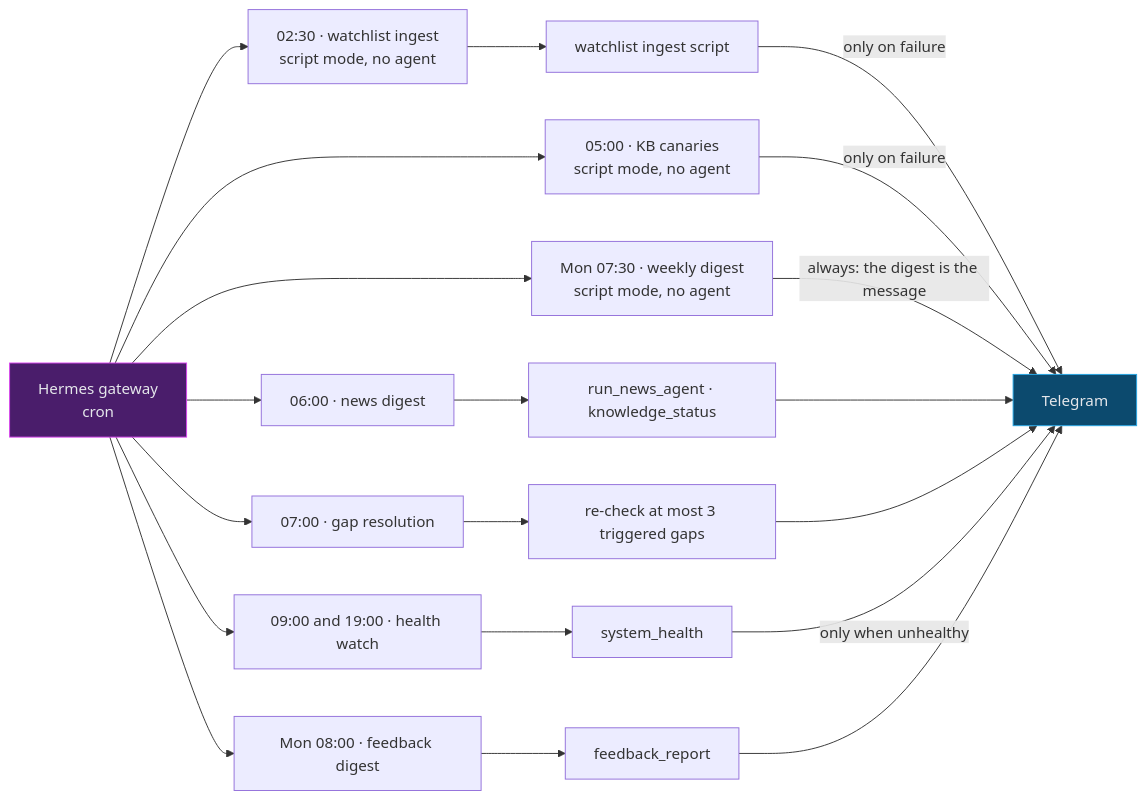
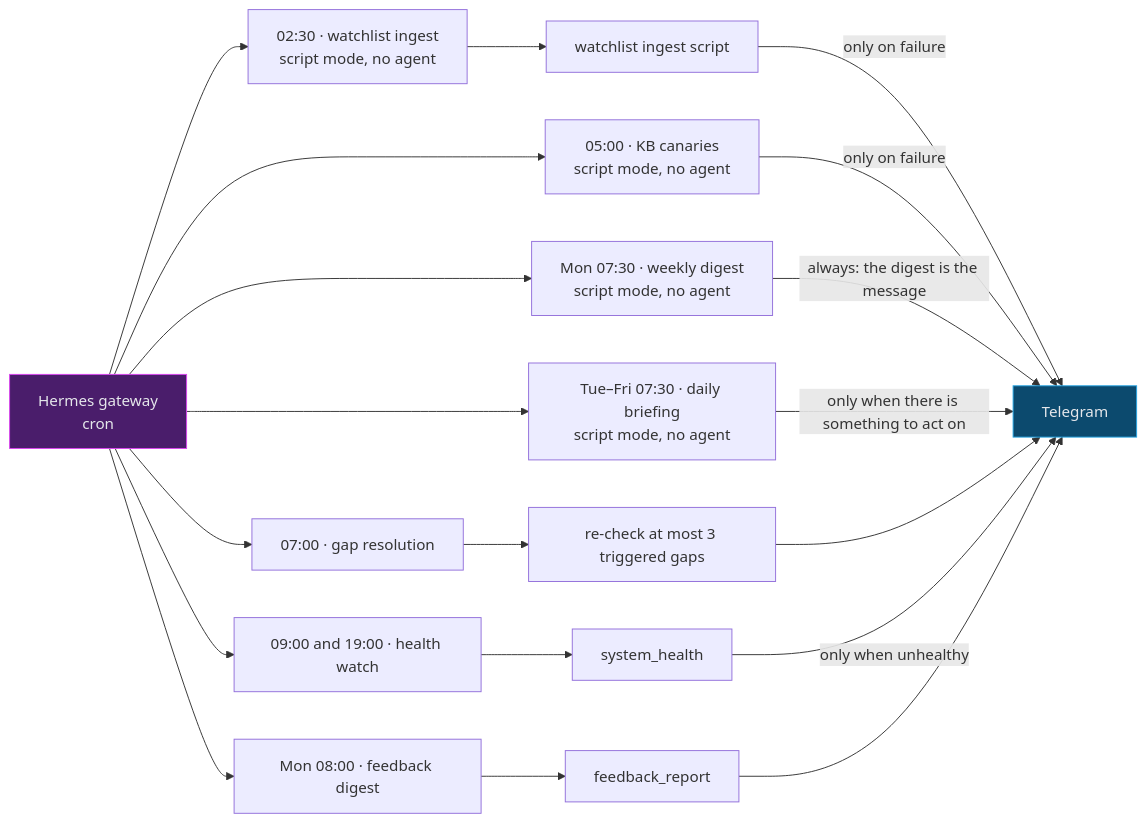
Before and after one commit to sebdallais-git/PharmaIT_Chat_and_Digest: the fifth of 13 diagrams in README.md, drawn with Mermaid. The commit also changed other lines of this file and 10 other files, not shown here.

First line of the commit message:
feat: weekday account briefing replaces the 06:00 news-digest job (#60)

````diff
--- a/README.md
+++ b/README.md
@@ -207,25 +207,24 @@
 ```mermaid
 flowchart LR
     H["Hermes gateway<br/>cron"] --> WL["02:30 · watchlist ingest<br/>script mode, no agent"]
     H --> KC["05:00 · KB canaries<br/>script mode, no agent"]
     H --> WD["Mon 07:30 · weekly digest<br/>script mode, no agent"]
-    H --> ND["06:00 · news digest"]
+    H --> DB["Tue–Fri 07:30 · daily briefing<br/>script mode, no agent"]
     H --> GR["07:00 · gap resolution"]
     H --> HW["09:00 and 19:00 · health watch"]
     H --> FD["Mon 08:00 · feedback digest"]
     WL --> WI["watchlist ingest script"]
-    ND --> T1["run_news_agent · knowledge_status"]
     GR --> T2["re-check at most 3 triggered gaps"]
     HW --> T3["system_health"]
     FD --> T4["feedback_report"]
     WI -- "only on failure" --> TG["Telegram"]
     KC -- "only on failure" --> TG
     WD -- "always: the digest is the message" --> TG
-    T1 --> TG
+    DB -- "only when there is something to act on" --> TG
     T2 --> TG
     T3 -- "only when unhealthy" --> TG
     T4 --> TG
 
     style H fill:#4a1d6b,stroke:#d946ef,color:#e5e7eb
     style TG fill:#0c4a6e,stroke:#26A5E4,color:#e5e7eb
 ```
````
